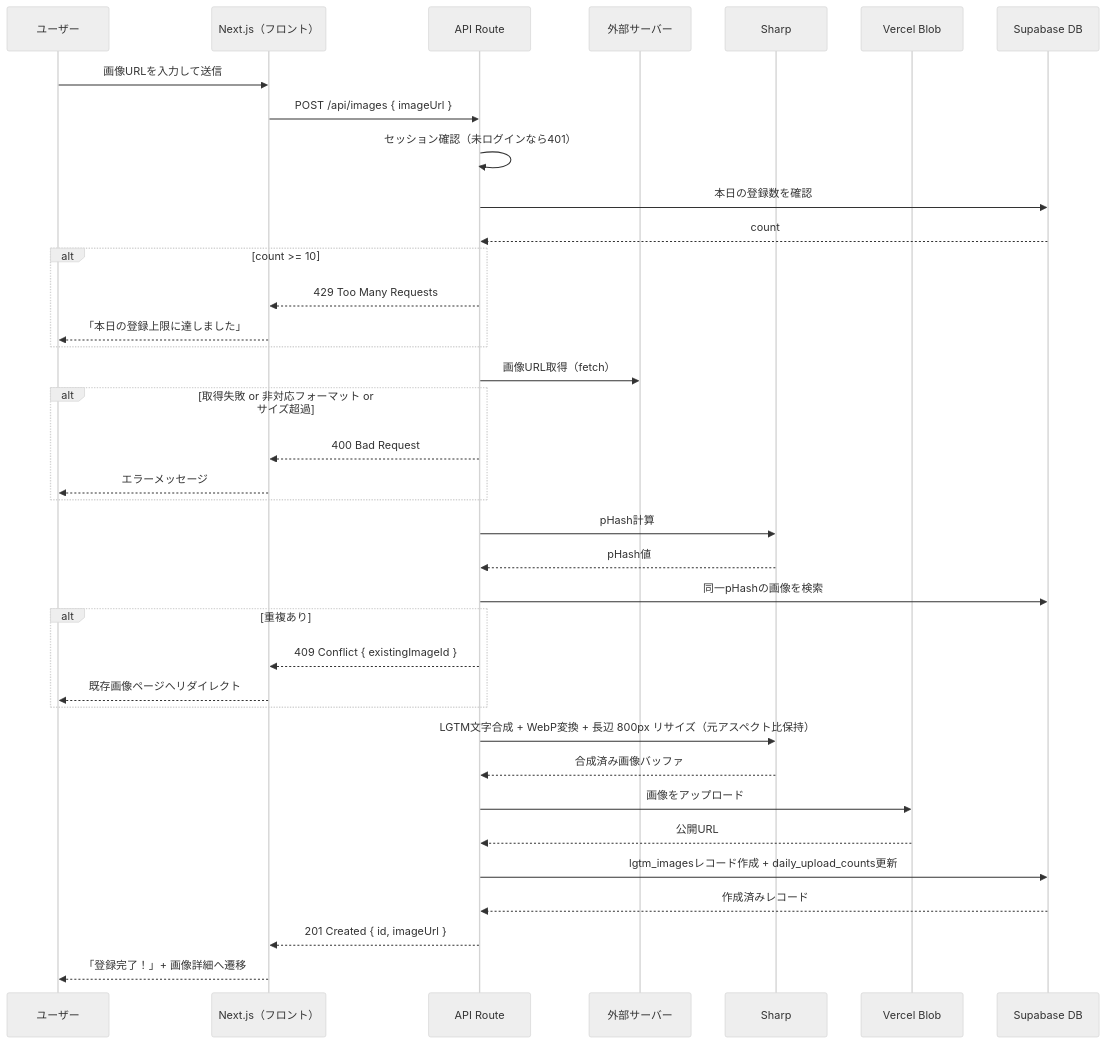
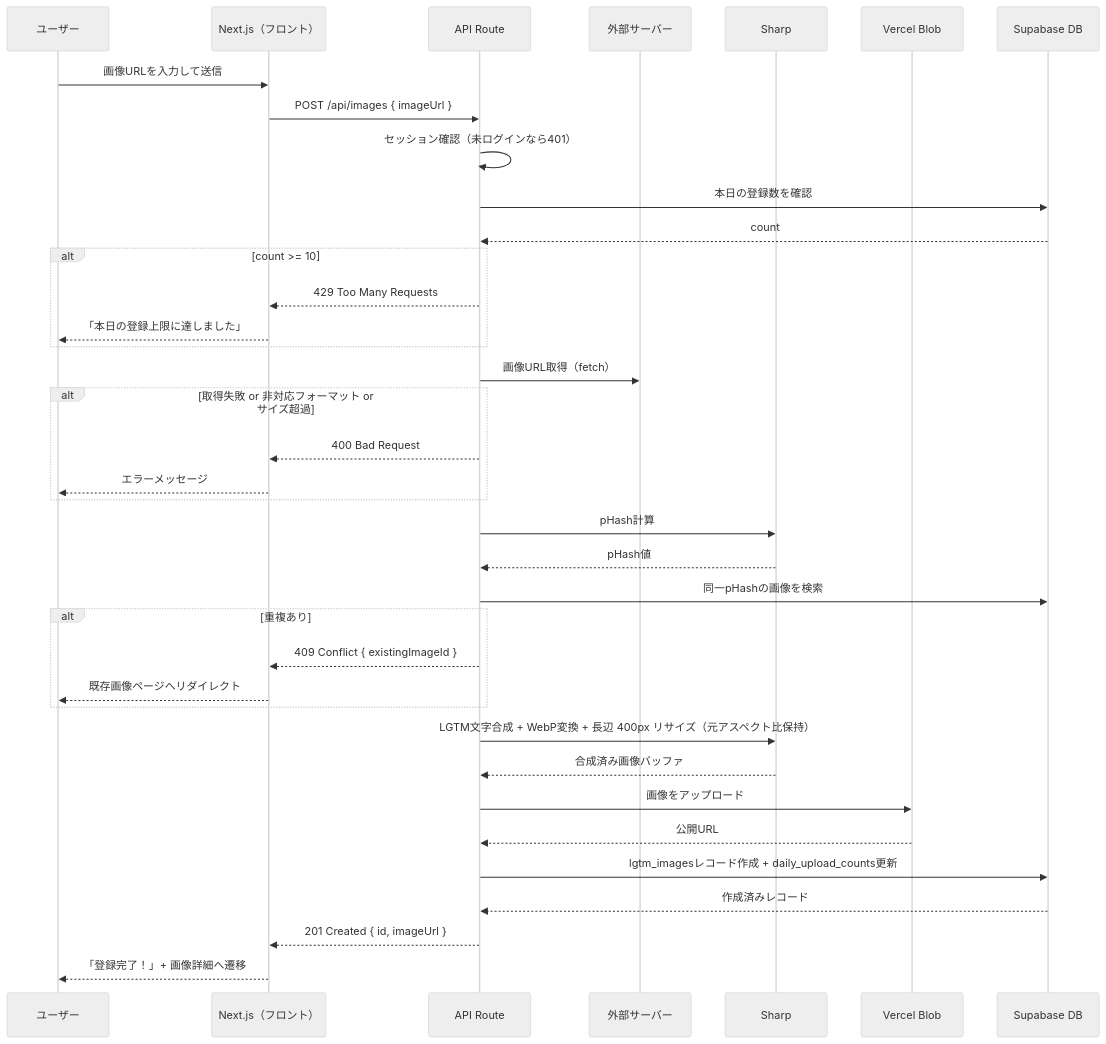
The fourth of 4 diagrams in docs/functional-design.md (kakikubo/lgtmhub), drawn with Mermaid (neutral theme) before and after one commit. The commit also changed other lines of this file and 10 other files, not shown here.

````diff
--- a/docs/functional-design.md
+++ b/docs/functional-design.md
@@ -408,40 +408,40 @@
 ```mermaid
 sequenceDiagram
     participant U as ユーザー
     participant FE as Next.js（フロント）
     participant API as API Route
     participant Ext as 外部サーバー
     participant Sharp as Sharp
     participant Blob as Vercel Blob
     participant DB as Supabase DB
 
     U->>FE: 画像URLを入力して送信
     FE->>API: POST /api/images { imageUrl }
     API->>API: セッション確認（未ログインなら401）
     API->>DB: 本日の登録数を確認
     DB-->>API: count
     alt count >= 10
         API-->>FE: 429 Too Many Requests
         FE-->>U: 「本日の登録上限に達しました」
     end
     API->>Ext: 画像URL取得（fetch）
     alt 取得失敗 or 非対応フォーマット or サイズ超過
         API-->>FE: 400 Bad Request
         FE-->>U: エラーメッセージ
     end
     API->>Sharp: pHash計算
     Sharp-->>API: pHash値
     API->>DB: 同一pHashの画像を検索
     alt 重複あり
         API-->>FE: 409 Conflict { existingImageId }
         FE-->>U: 既存画像ページへリダイレクト
     end
-    API->>Sharp: LGTM文字合成 + WebP変換 + 長辺 800px リサイズ（元アスペクト比保持）
+    API->>Sharp: LGTM文字合成 + WebP変換 + 長辺 400px リサイズ（元アスペクト比保持）
     Sharp-->>API: 合成済み画像バッファ
     API->>Blob: 画像をアップロード
     Blob-->>API: 公開URL
     API->>DB: lgtm_imagesレコード作成 + daily_upload_counts更新
     DB-->>API: 作成済みレコード
     API-->>FE: 201 Created { id, imageUrl }
     FE-->>U: 「登録完了！」+ 画像詳細へ遷移
 ```
````
